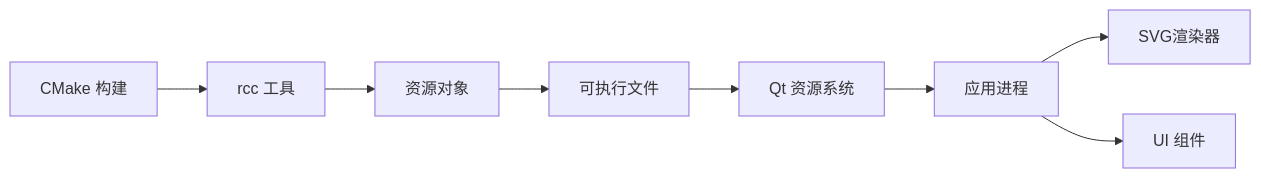
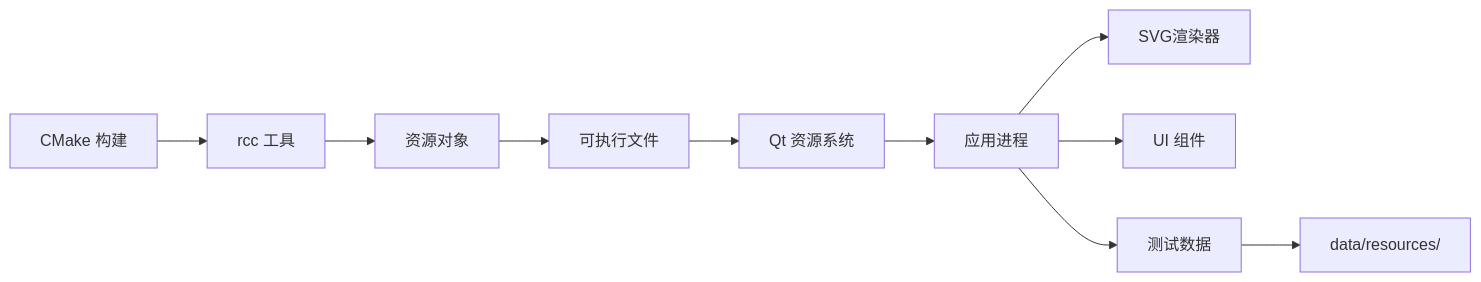
One commit to jakecai1225-design/OpenBus changed diagram 11 of 11 in .qoder/repowiki/zh/content/资源管理.md. Above: the diagram before and after it, drawn with Mermaid. The commit also changed other lines of this file and 151 other files, not shown here.

````diff
--- a/.qoder/repowiki/zh/content/资源管理.md
+++ b/.qoder/repowiki/zh/content/资源管理.md
@@ -362,10 +415,12 @@
 ```mermaid
 graph LR
 CMake["CMake 构建"] --> RCC["rcc 工具"]
 RCC --> RCObj["资源对象"]
 RCObj --> Exec["可执行文件"]
 Exec --> QtRes["Qt 资源系统"]
 QtRes --> App["应用进程"]
 App --> SVG["SVG渲染器"]
 App --> UI["UI 组件"]
+App --> TestData["测试数据"]
+TestData --> CoreData["data/resources/"]
 ```
````
